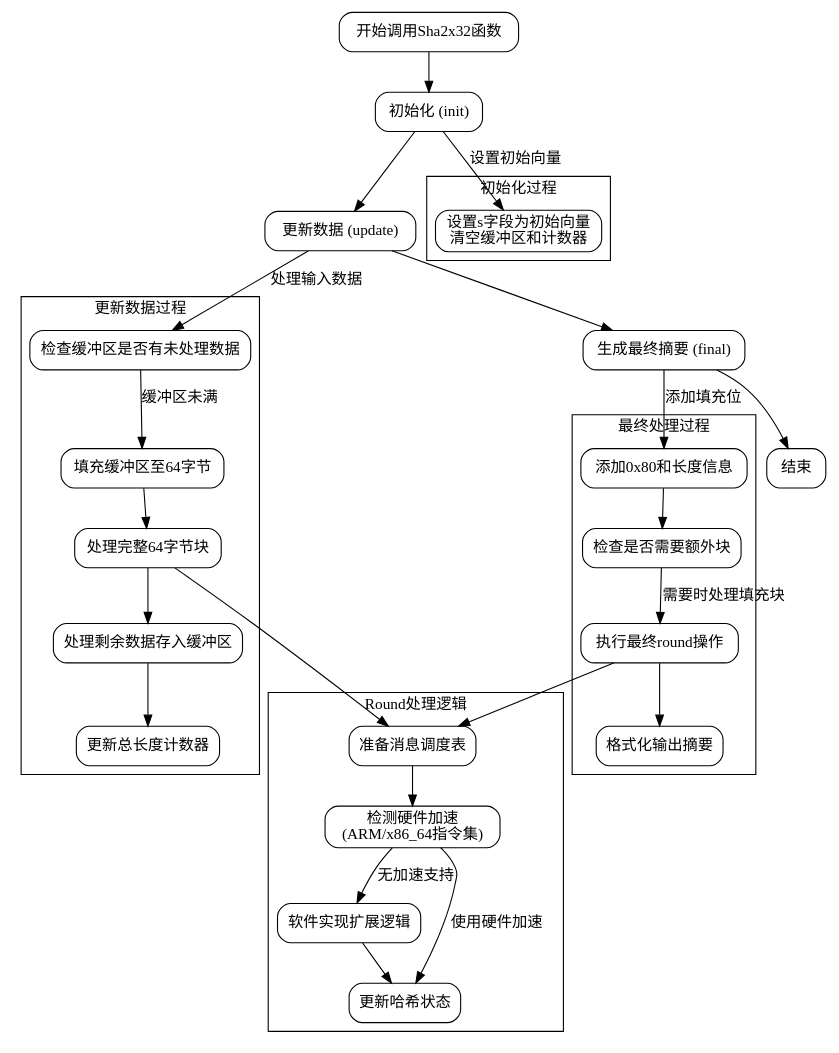
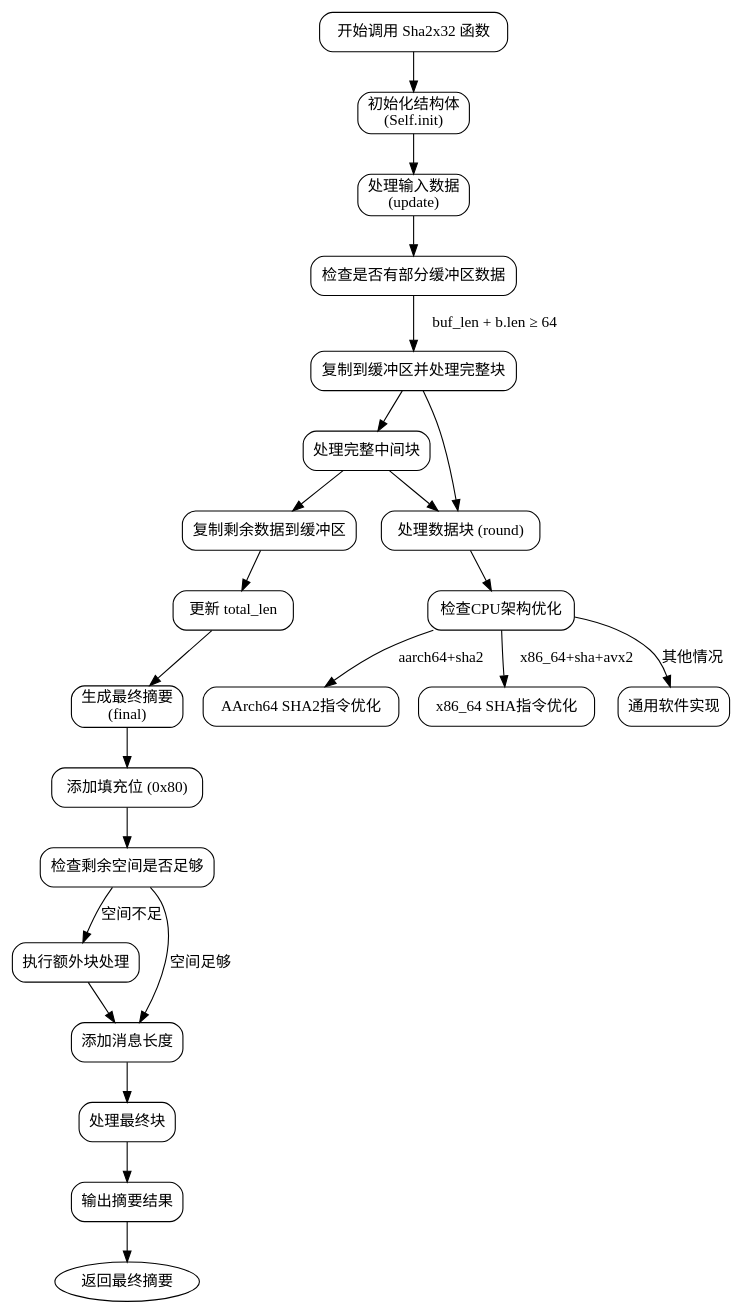
The diagram in dot_std/crypto/sha2.zig.Sha2x32.md (sdzx-1/deepseek-zig-reader), drawn with Graphviz before and after one commit. The commit also changed other lines of this file and 236 other files, not shown here.

````diff
--- a/dot_std/crypto/sha2.zig.Sha2x32.md
+++ b/dot_std/crypto/sha2.zig.Sha2x32.md
@@ -19,74 +26,78 @@
-```dot
-digraph Sha2x32_Flowchart {
-    rankdir=TB;
-    node [shape=rectangle, style=rounded];
+```graphviz
+digraph Sha2x32 {
+    rankdir="TB";
+    node [shape=rectangle, style="rounded"];
 
-    // 主要函数节点
-    Start [label="开始调用Sha2x32函数"];
-    Init [label="初始化 (init)"];
-    Update [label="更新数据 (update)"];
-    Final [label="生成最终摘要 (final)"];
-    End [label="结束"];
+    // 入口点
+    start [label="开始调用 Sha2x32 函数"];
 
-    // 初始化过程
-    Init -> Init_Fields [label="设置初始向量"];
-    subgraph cluster_init {
-        label="初始化过程";
-        Init_Fields [label="设置s字段为初始向量\n清空缓冲区和计数器"];
-    }
+    // 初始化
+    init [label="初始化结构体\n(Self.init)"];
+    start -> init;
 
-    // 更新数据过程
-    Update -> Check_Buffer [label="处理输入数据"];
-    subgraph cluster_update {
-        label="更新数据过程";
-        Check_Buffer [label="检查缓冲区是否有未处理数据"];
-        Fill_Buffer [label="填充缓冲区至64字节"];
-        Process_Full_Blocks [label="处理完整64字节块"];
-        Handle_Remaining [label="处理剩余数据存入缓冲区"];
-        Update_Total [label="更新总长度计数器"];
-        
-        Check_Buffer -> Fill_Buffer [label="缓冲区未满"];
-        Fill_Buffer -> Process_Full_Blocks;
-        Process_Full_Blocks -> Handle_Remaining;
-        Handle_Remaining -> Update_Total;
-    }
+    // Update 过程
+    update [label="处理输入数据\n(update)"];
+    init -> update;
 
-    // 最终处理过程
-    Final -> Add_Padding [label="添加填充位"];
-    subgraph cluster_final {
-        label="最终处理过程";
-        Add_Padding [label="添加0x80和长度信息"];
-        Check_Padding_Block [label="检查是否需要额外块"];
-        Final_Round [label="执行最终round操作"];
-        Format_Output [label="格式化输出摘要"];
-        
-        Add_Padding -> Check_Padding_Block;
-        Check_Padding_Block -> Final_Round [label="需要时处理填充块"];
-        Final_Round -> Format_Output;
-    }
+    // Update 内部逻辑
+    check_buf [label="检查是否有部分缓冲区数据"];
+    update -> check_buf;
 
-    // Round函数细节
-    subgraph cluster_round {
-        label="Round处理逻辑";
-        Prepare_Message_Schedule [label="准备消息调度表"];
-        Hardware_Acceleration [label="检测硬件加速\n(ARM/x86_64指令集)"];
-        Software_Fallback [label="软件实现扩展逻辑"];
-        Update_State [label="更新哈希状态"];
-        
-        Prepare_Message_Schedule -> Hardware_Acceleration;
-        Hardware_Acceleration -> Update_State [label="使用硬件加速"];
-        Hardware_Acceleration -> Software_Fallback [label="无加速支持"];
-        Software_Fallback -> Update_State;
-    }
+    process_partial [label="复制到缓冲区并处理完整块"];
+    check_buf -> process_partial [label="buf_len + b.len ≥ 64"];
 
-    // 主流程连接
-    Start -> Init;
-    Init -> Update;
-    Update -> Final;
-    Final -> End;
+    process_full_blocks [label="处理完整中间块"];
+    process_partial -> process_full_blocks;
 
-    // 跨集群连接
-    Process_Full_Blocks -> Prepare_Message_Schedule [ltail=cluster_update, lhead=cluster_round];
-    Final_Round -> Prepare_Message_Schedule [ltail=cluster_final, lhead=cluster_round];
+    handle_remainder [label="复制剩余数据到缓冲区"];
+    process_full_blocks -> handle_remainder;
+
+    update_end [label="更新 total_len"];
+    handle_remainder -> update_end;
+
+    // Final 过程
+    final [label="生成最终摘要\n(final)"];
+    update_end -> final;
+
+    // Final 内部逻辑
+    add_padding [label="添加填充位 (0x80)"];
+    final -> add_padding;
+
+    check_padding_space [label="检查剩余空间是否足够"];
+    add_padding -> check_padding_space;
+
+    extra_round [label="执行额外块处理"];
+    check_padding_space -> extra_round [label="空间不足"];
+
+    add_length [label="添加消息长度"];
+    extra_round -> add_length;
+    check_padding_space -> add_length [label="空间足够"];
+
+    final_round [label="处理最终块"];
+    add_length -> final_round;
+
+    output_result [label="输出摘要结果"];
+    final_round -> output_result;
+
+    // Round 函数分支
+    round [label="处理数据块 (round)"];
+    process_partial -> round;
+    process_full_blocks -> round;
+
+    // Round 内部优化路径
+    check_arch [label="检查CPU架构优化"];
+    round -> check_arch;
+
+    aarch64_path [label="AArch64 SHA2指令优化"];
+    x86_path [label="x86_64 SHA指令优化"];
+    generic_path [label="通用软件实现"];
+
+    check_arch -> aarch64_path [label="aarch64+sha2"];
+    check_arch -> x86_path [label="x86_64+sha+avx2"];
+    check_arch -> generic_path [label="其他情况"];
+
+    // 连接结束节点
+    output_result -> end;
+    end [label="返回最终摘要", shape=ellipse];
 }
 ```
````
